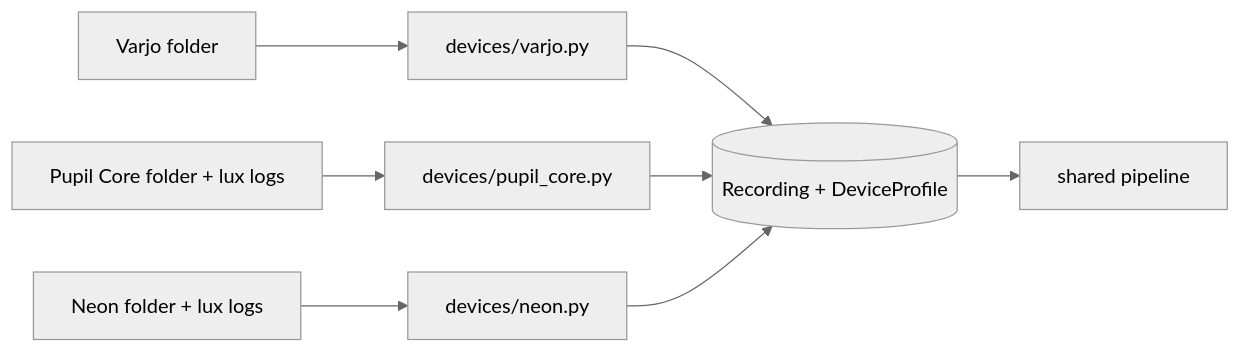
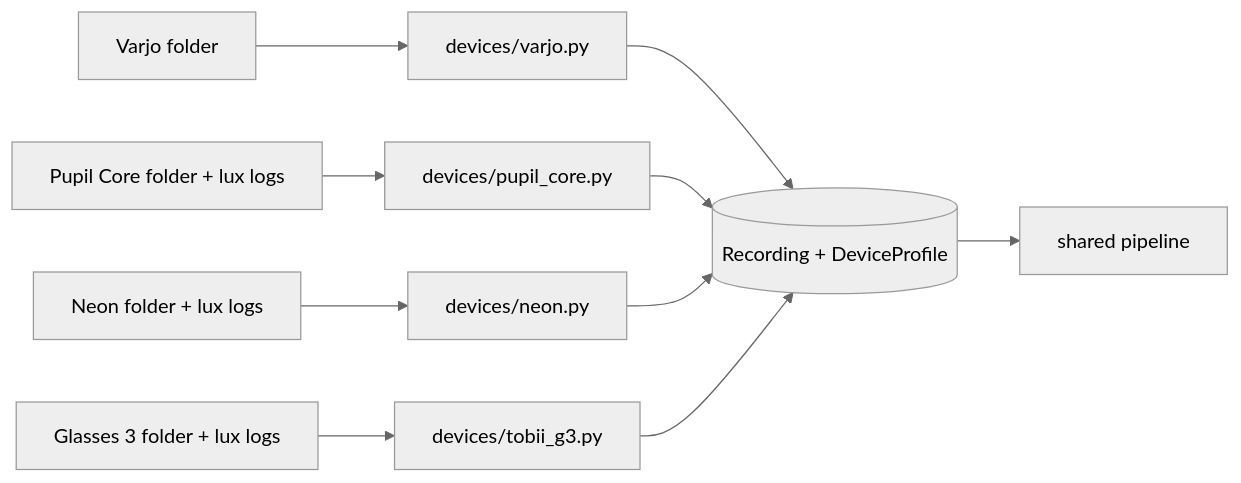
One commit to pignoniG/cognitive_analysis_tool changed the diagram in docs/devices/index.md. Above: the diagram before and after it, drawn with Mermaid (neutral theme). The commit also changed other lines of this file and 13 other files, not shown here.

First line of the commit message:
Add experimental Tobii Pro Glasses 3 support

````diff
--- a/docs/devices/index.md
+++ b/docs/devices/index.md
@@ -6,10 +6,12 @@
 ```mermaid
 flowchart LR
     V[Varjo folder] --> RV[devices/varjo.py]
     C[Pupil Core folder + lux logs] --> RC[devices/pupil_core.py]
     N[Neon folder + lux logs] --> RN[devices/neon.py]
+    T[Glasses 3 folder + lux logs] --> RT[devices/tobii_g3.py]
     RV --> R[(Recording + DeviceProfile)]
     RC --> R
     RN --> R
+    RT --> R
     R --> P[shared pipeline]
 ```
````
